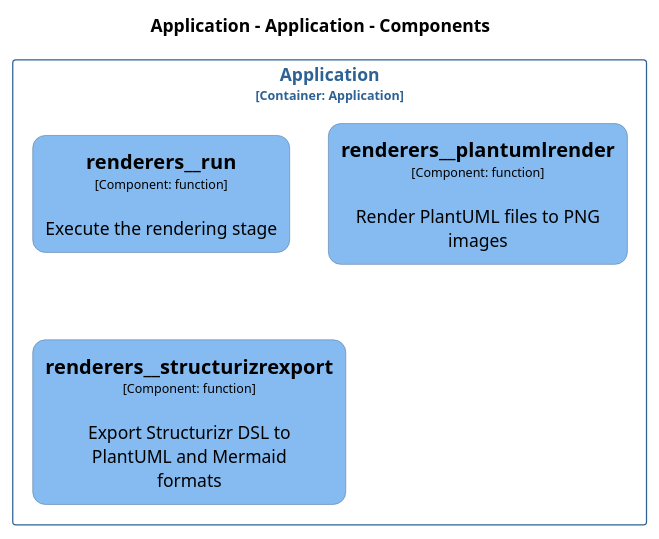
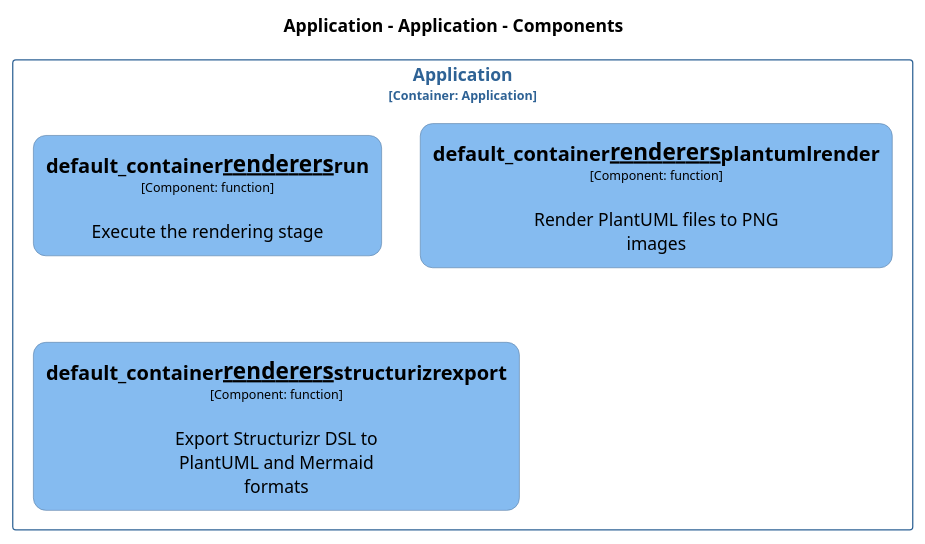
One commit to chrislyons-dev/archlette changed the diagram in src/templates/docs/architecture/diagrams/plantuml/structurizr-Classes_default_container__renderers.puml. Above: the diagram before and after it, drawn with PlantUML. The commit also changed 189 other files, not shown here.

```diff
--- a/src/templates/docs/architecture/diagrams/plantuml/structurizr-Classes_default_container__renderers.puml
+++ b/src/templates/docs/architecture/diagrams/plantuml/structurizr-Classes_default_container__renderers.puml
@@ -1,52 +1,52 @@
 @startuml
 set separator none
 title Application - Application - Components
 
 top to bottom direction
 skinparam ranksep 60
 skinparam nodesep 30
 
 skinparam {
   arrowFontSize 10
   defaultTextAlignment center
   wrapWidth 200
   maxMessageSize 100
   defaultFontName "Arial"
 }
 
 hide stereotype
 
-skinparam rectangle<<Application.Application.renderers__plantumlrender>> {
+skinparam rectangle<<Application.Application.default_container__renderers__plantumlrender>> {
   BackgroundColor #85bbf0
   FontColor #000000
   BorderColor #5d82a8
   roundCorner 20
   shadowing false
 }
-skinparam rectangle<<Application.Application.renderers__run>> {
+skinparam rectangle<<Application.Application.default_container__renderers__run>> {
   BackgroundColor #85bbf0
   FontColor #000000
   BorderColor #5d82a8
   roundCorner 20
   shadowing false
 }
-skinparam rectangle<<Application.Application.renderers__structurizrexport>> {
+skinparam rectangle<<Application.Application.default_container__renderers__structurizrexport>> {
   BackgroundColor #85bbf0
   FontColor #000000
   BorderColor #5d82a8
   roundCorner 20
   shadowing false
 }
 skinparam rectangle<<Application.Application>> {
   BorderColor #2e6295
   FontColor #2e6295
   shadowing false
 }
 
 rectangle "Application\n<size:10>[Container: Application]</size>" <<Application.Application>> {
-  rectangle "==renderers__run\n<size:10>[Component: function]</size>\n\nExecute the rendering stage" <<Application.Application.renderers__run>> as Application.Application.renderers__run
-  rectangle "==renderers__plantumlrender\n<size:10>[Component: function]</size>\n\nRender PlantUML files to PNG images" <<Application.Application.renderers__plantumlrender>> as Application.Application.renderers__plantumlrender
-  rectangle "==renderers__structurizrexport\n<size:10>[Component: function]</size>\n\nExport Structurizr DSL to PlantUML and Mermaid formats" <<Application.Application.renderers__structurizrexport>> as Application.Application.renderers__structurizrexport
+  rectangle "==default_container__renderers__run\n<size:10>[Component: function]</size>\n\nExecute the rendering stage" <<Application.Application.default_container__renderers__run>> as Application.Application.default_container__renderers__run
+  rectangle "==default_container__renderers__plantumlrender\n<size:10>[Component: function]</size>\n\nRender PlantUML files to PNG images" <<Application.Application.default_container__renderers__plantumlrender>> as Application.Application.default_container__renderers__plantumlrender
+  rectangle "==default_container__renderers__structurizrexport\n<size:10>[Component: function]</size>\n\nExport Structurizr DSL to PlantUML and Mermaid formats" <<Application.Application.default_container__renderers__structurizrexport>> as Application.Application.default_container__renderers__structurizrexport
 }
 
 @enduml
```
